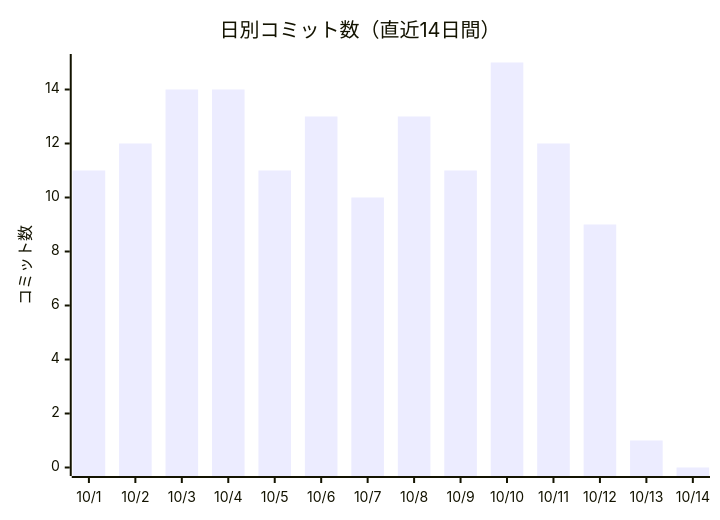
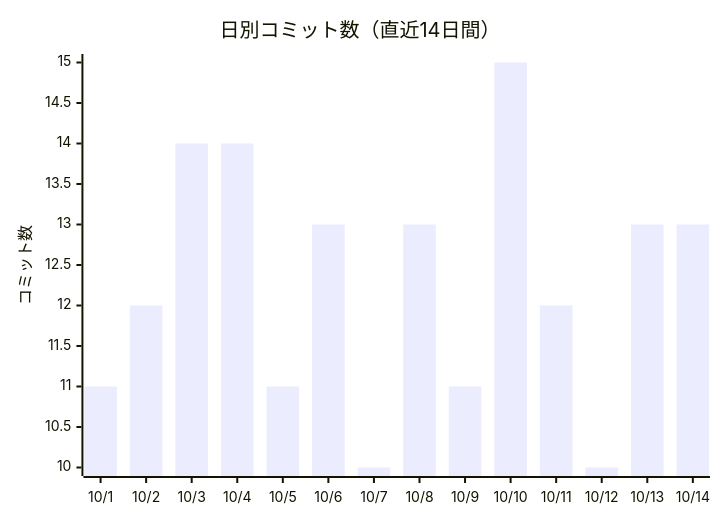
Before and after one commit to non-x2/non-x2: the first of 2 diagrams in docs/進化レポート.md, drawn with Mermaid. The commit also changed other lines of this file and 3 other files, not shown here.

````diff
--- a/docs/進化レポート.md
+++ b/docs/進化レポート.md
@@ -23,7 +23,7 @@
 ```mermaid
 xychart-beta
     title "日別コミット数（直近14日間）"
     x-axis ["10/1", "10/2", "10/3", "10/4", "10/5", "10/6", "10/7", "10/8", "10/9", "10/10", "10/11", "10/12", "10/13", "10/14"]
     y-axis "コミット数"
-    bar [11, 12, 14, 14, 11, 13, 10, 13, 11, 15, 12, 9, 1, 0]
+    bar [11, 12, 14, 14, 11, 13, 10, 13, 11, 15, 12, 10, 13, 13]
 ```
````
